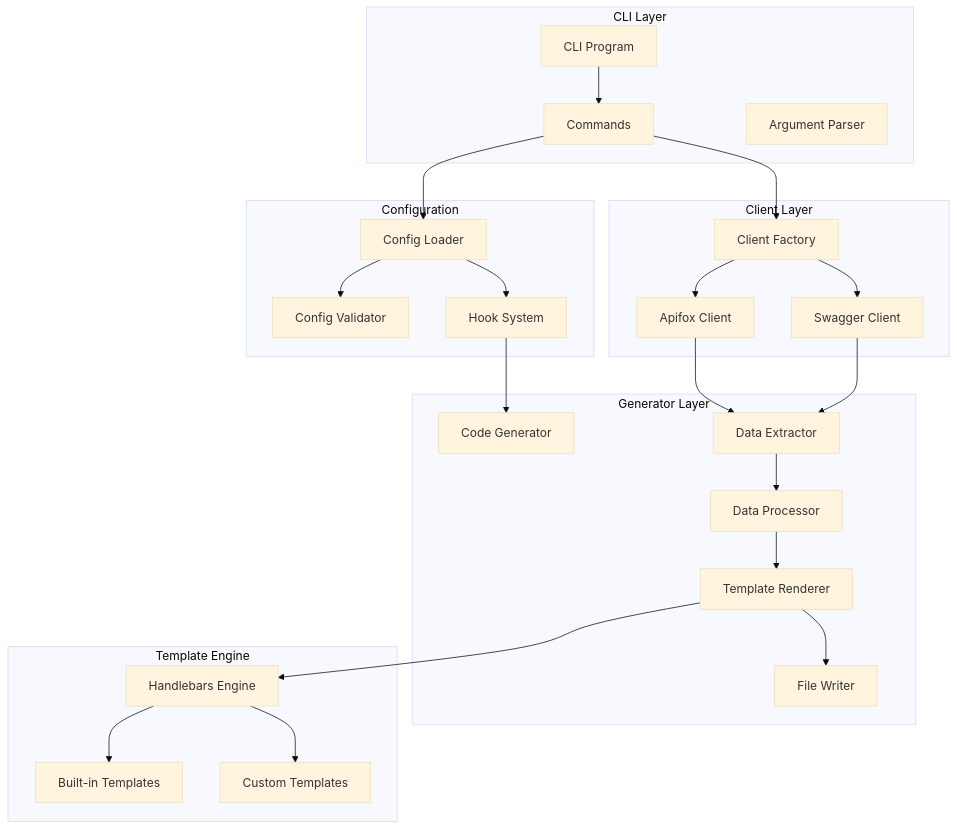
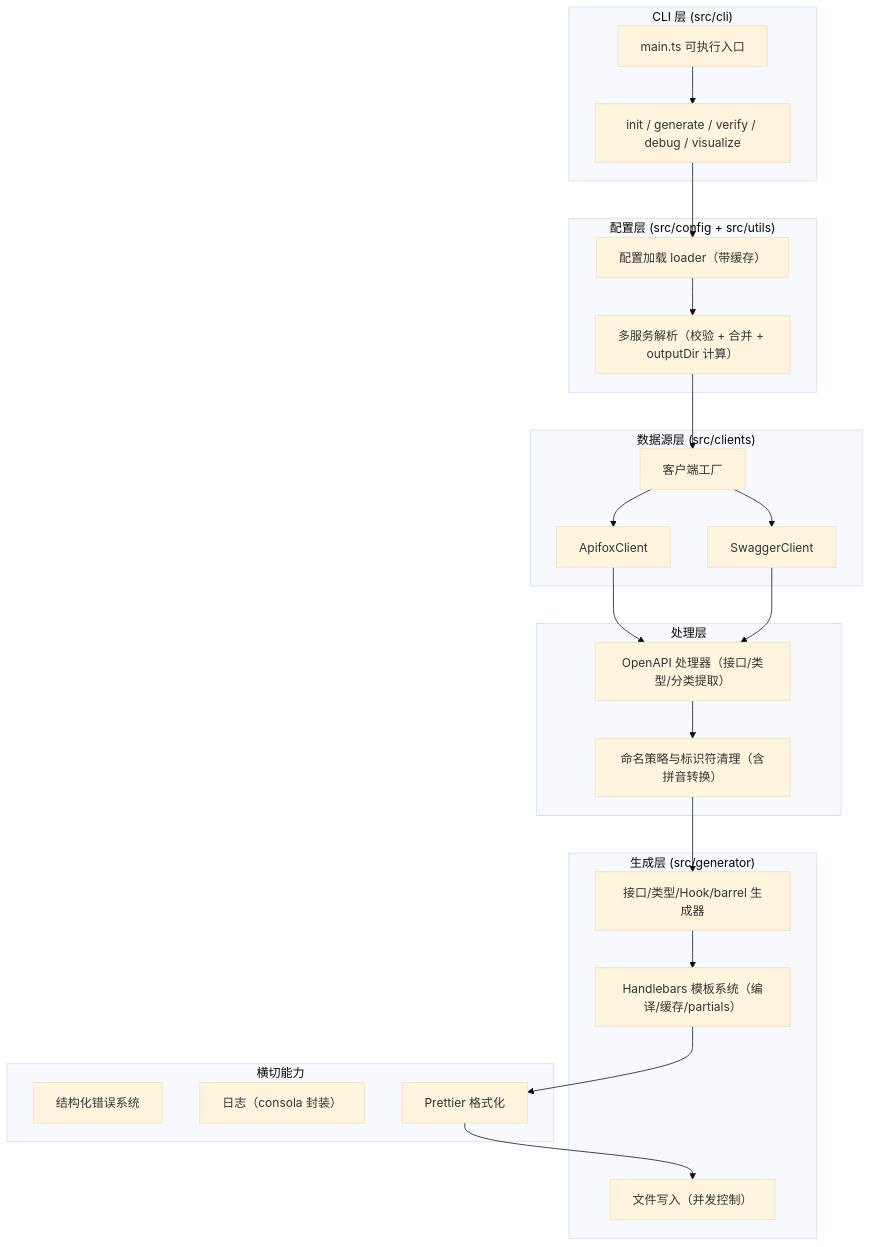
One commit to shawicx/scx-api-tool changed the diagram in docs/development/architecture.md. Above: the diagram before and after it, drawn with Mermaid (base theme). The commit also changed other lines of this file and 22 other files, not shown here.

Commit message:
docs: 重写文档，新增配置参考页与真实生成产物截图

````diff
--- a/docs/development/architecture.md
+++ b/docs/development/architecture.md
@@ -19,57 +17,42 @@
 ```mermaid
 graph TB
-    subgraph "CLI Layer"
-        CLI[CLI Program]
-        Commands[Commands]
-        Parser[Argument Parser]
+    subgraph "CLI 层 (src/cli)"
+        Main[main.ts 可执行入口]
+        Commands["init / generate / verify / debug / visualize"]
     end
 
-    subgraph "Client Layer"
-        ClientFactory[Client Factory]
-        ApifoxClient[Apifox Client]
-        SwaggerClient[Swagger Client]
+    subgraph "配置层 (src/config + src/utils)"
+        Loader["配置加载 loader（带缓存）"]
+        Resolver["多服务解析（校验 + 合并 + outputDir 计算）"]
     end
 
-    subgraph "Generator Layer"
-        Generator[Code Generator]
-        Extractor[Data Extractor]
-        Processor[Data Processor]
-        Renderer[Template Renderer]
-        FileWriter[File Writer]
+    subgraph "数据源层 (src/clients)"
+        Factory[客户端工厂]
+        Apifox[ApifoxClient]
+        Swagger[SwaggerClient]
     end
 
-    subgraph "Template Engine"
-        Handlebars[Handlebars Engine]
-        Templates[Built-in Templates]
-        CustomTemplates[Custom Templates]
+    subgraph "处理层"
+        Processor["OpenAPI 处理器（接口/类型/分类提取）"]
+        Naming["命名策略与标识符清理（含拼音转换）"]
     end
 
-    subgraph "Configuration"
-        ConfigLoader[Config Loader]
-        Validator[Config Validator]
-        Hooks[Hook System]
+    subgraph "生成层 (src/generator)"
+        Generators["接口/类型/Hook/barrel 生成器"]
+        Template["Handlebars 模板系统（编译/缓存/partials）"]
+        Writer["文件写入（并发控制）"]
     end
 
-    CLI --> Commands
-    Commands --> ClientFactory
-    ClientFactory --> ApifoxClient
-    ClientFactory --> SwaggerClient
+    subgraph "横切能力"
+        Errors[结构化错误系统]
+        Logger["日志（consola 封装）"]
+        Formatter[Prettier 格式化]
+    end
 
-    ApifoxClient --> Extractor
-    SwaggerClient --> Extractor
-
-    Extractor --> Processor
-    Processor --> Renderer
-
-    Renderer --> Handlebars
-    Handlebars --> Templates
-    Handlebars --> CustomTemplates
-
-    Renderer --> FileWriter
-
-    Commands --> ConfigLoader
-    ConfigLoader --> Validator
-    ConfigLoader --> Hooks
-
-    Hooks --> Generator
+    Main --> Commands
+    Commands --> Loader --> Resolver
+    Resolver --> Factory
+    Factory --> Apifox --> Processor
+    Factory --> Swagger --> Processor
+    Processor --> Naming --> Generators --> Template --> Formatter --> Writer
 ```
````
